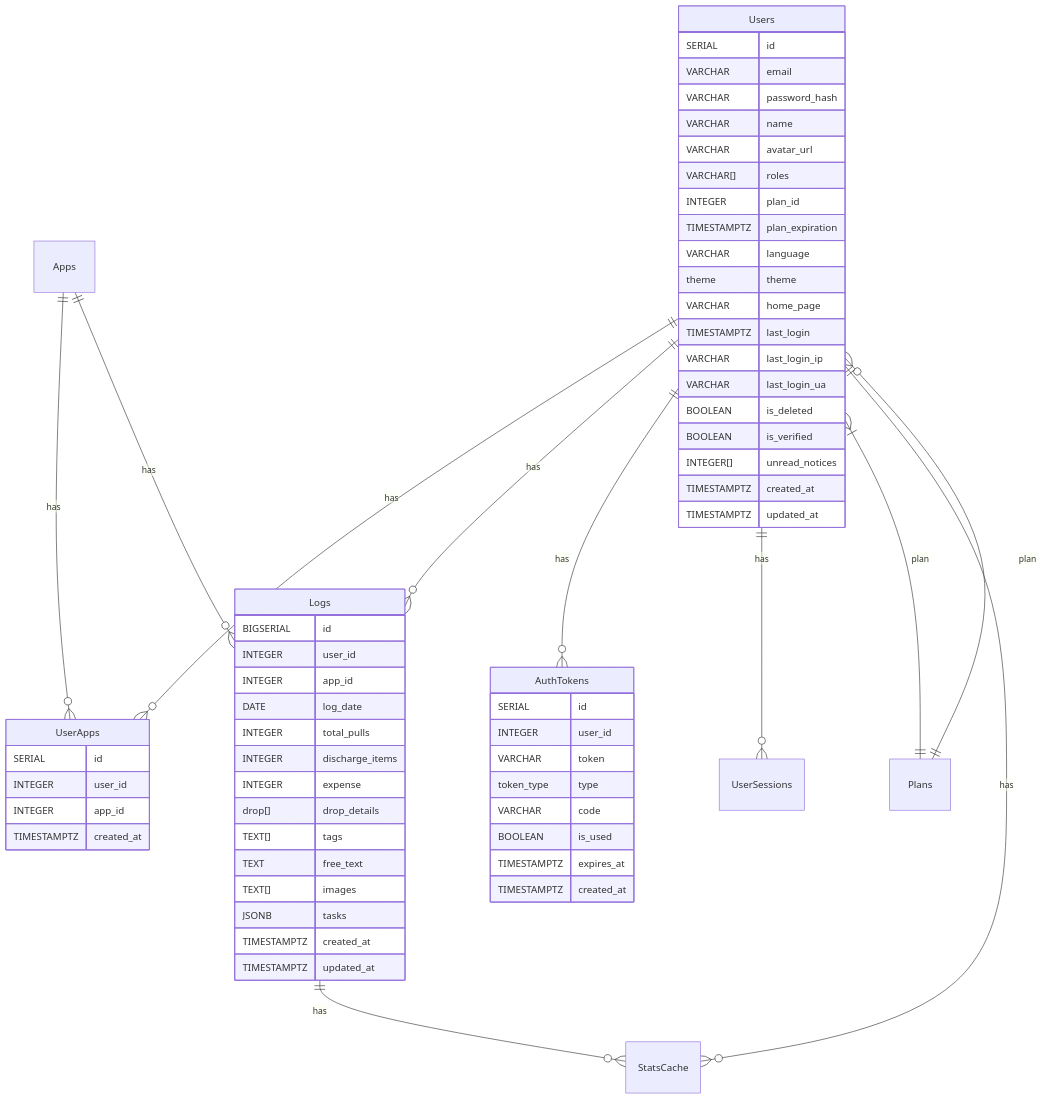
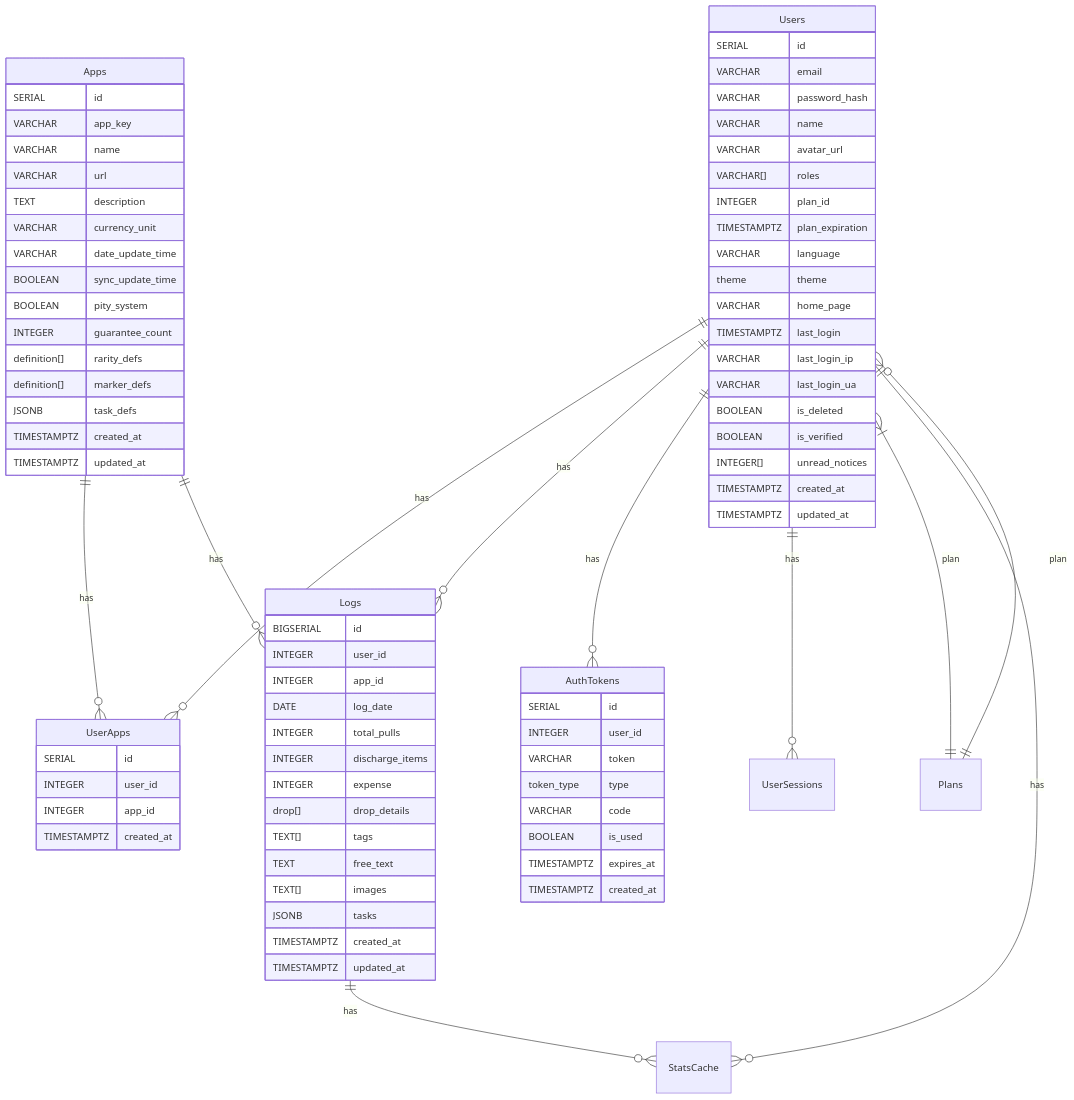
Before and after one commit to magicmethods/pulllog-backend: the second of 4 diagrams in pulllog-ER.md, drawn with Mermaid. The commit also changed other lines of this file, not shown here.

Commit message:
wip: fix erDiagram

```diff
--- a/pulllog-ER.md
+++ b/pulllog-ER.md
@@ -76,6 +76,23 @@
     Users }|--|| Plans: "plan"
     Plans ||--o{ Users: "plan"
     Apps ||--o{ UserApps: "has"
+    Apps {
+        SERIAL id
+        VARCHAR app_key
+        VARCHAR name
+        VARCHAR url
+        TEXT description
+        VARCHAR currency_unit
+        VARCHAR date_update_time
+        BOOLEAN sync_update_time
+        BOOLEAN pity_system
+        INTEGER guarantee_count
+        definition[] rarity_defs
+        definition[] marker_defs
+        JSONB task_defs
+        TIMESTAMPTZ created_at
+        TIMESTAMPTZ updated_at
+    }
     Apps ||--o{ Logs: "has"
     Logs ||--o{ StatsCache: "has"
     Users ||--o{ StatsCache: "has"
```
